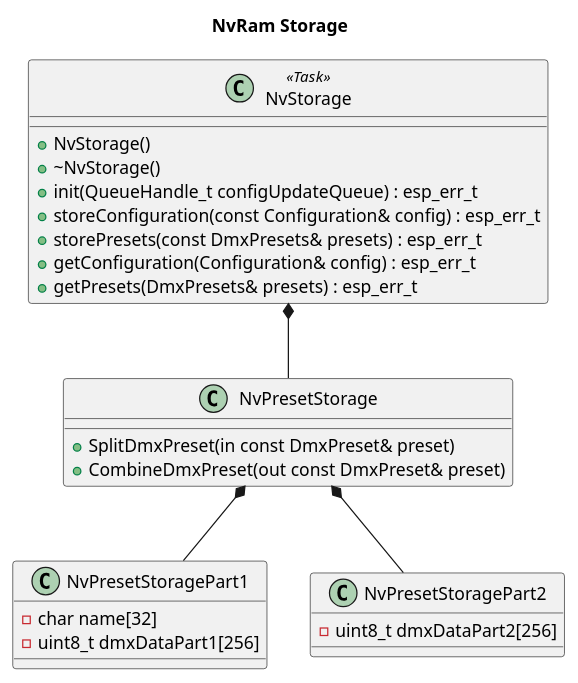
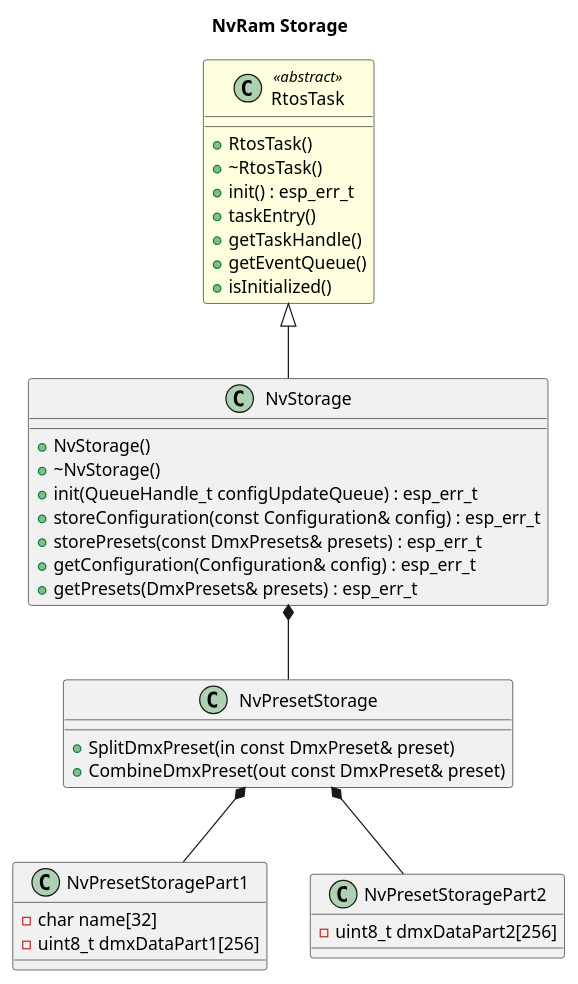
One commit to michelkeijzers/Esp32DmxController changed the fourth of 8 diagrams in Documentation/software_design.puml. Above: the diagram before and after it, drawn with PlantUML. The commit also changed other lines of this file and 19 other files, not shown here.

```diff
--- a/Documentation/software_design.puml
+++ b/Documentation/software_design.puml
@@ -190,35 +226,49 @@
 @startuml
 title NvRam Storage
 
-class NvStorage <<Task>>
+class RtosTask <<abstract>> #lightYellow 
+{
+    +RtosTask()
+    +~RtosTask()
+    +init() : esp_err_t
+    +taskEntry()
+    +getTaskHandle()
+    +getEventQueue()
+    +isInitialized()
+}
+
+class NvStorage 
 {
     +NvStorage()
     +~NvStorage()
     +init(QueueHandle_t configUpdateQueue) : esp_err_t
     +storeConfiguration(const Configuration& config) : esp_err_t
     +storePresets(const DmxPresets& presets) : esp_err_t
     +getConfiguration(Configuration& config) : esp_err_t
     +getPresets(DmxPresets& presets) : esp_err_t
 }
+NvStorage -u-|> RtosTask
+
+
 
 class NvPresetStorage
 {
     +SplitDmxPreset(in const DmxPreset& preset)
     +CombineDmxPreset(out const DmxPreset& preset)
 }
 NvStorage *-- NvPresetStorage
 
 class NvPresetStoragePart1
 {
     -char name[32]
     -uint8_t dmxDataPart1[256]
 }
 NvPresetStorage *-- NvPresetStoragePart1
 
 class NvPresetStoragePart2
 {
     -uint8_t dmxDataPart2[256]
 }
 NvPresetStorage *-- NvPresetStoragePart2
 
 @enduml
```
